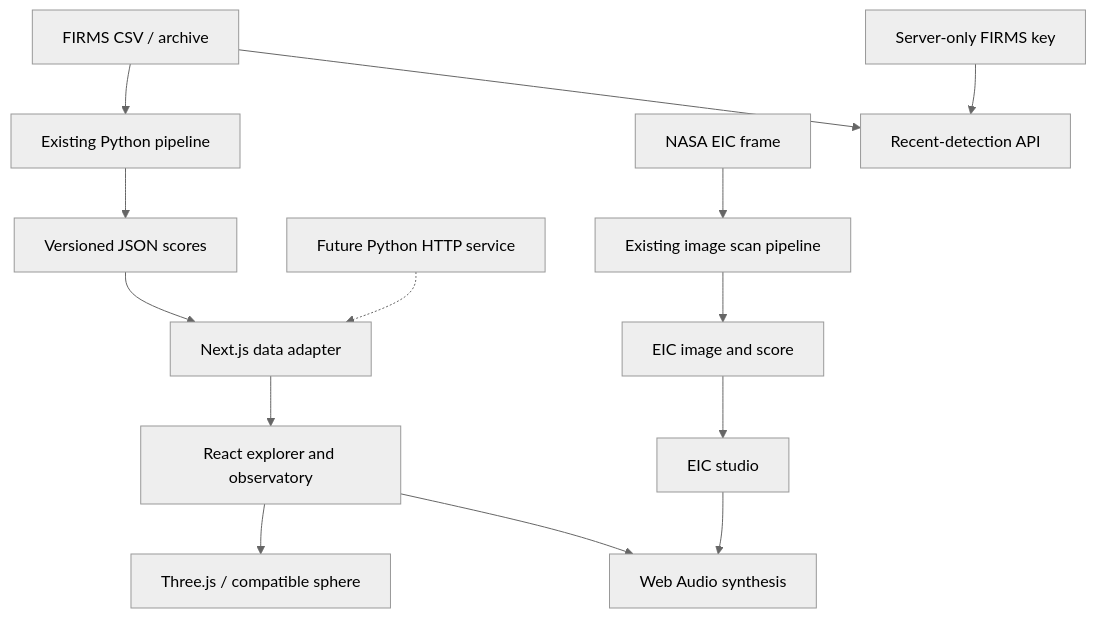
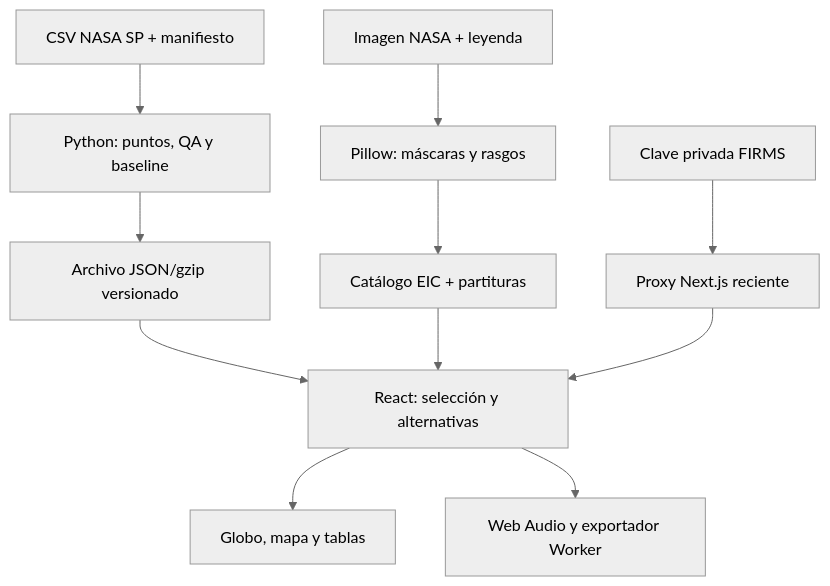
Before and after one commit to Yamile26/TerraEcho: the diagram in docs/WEB_ARCHITECTURE.md, drawn with Mermaid (neutral theme). The commit also changed other lines of this file and 30 other files, not shown here.

````diff
--- a/docs/WEB_ARCHITECTURE.md
+++ b/docs/WEB_ARCHITECTURE.md
@@ -5,16 +5,13 @@
 ```mermaid
 flowchart TD
-    A["FIRMS CSV / archive"] --> B["Existing Python pipeline"]
-    B --> C["Versioned JSON scores"]
-    C --> D["Next.js data adapter"]
-    P["Future Python HTTP service"] -.-> D
-    D --> E["React explorer and observatory"]
-    E --> F["Three.js / compatible sphere"]
-    E --> G["Web Audio synthesis"]
-    H["NASA EIC frame"] --> I["Existing image scan pipeline"]
-    I --> J["EIC image and score"]
-    J --> K["EIC studio"]
-    K --> G
-    L["Server-only FIRMS key"] --> M["Recent-detection API"]
-    A --> M
+    F["CSV NASA SP + manifiesto"] --> P["Python: puntos, QA y baseline"]
+    P --> J["Archivo JSON/gzip versionado"]
+    I["Imagen NASA + leyenda"] --> H["Pillow: máscaras y rasgos"]
+    H --> C["Catálogo EIC + partituras"]
+    J --> W["React: selección y alternativas"]
+    C --> W
+    W --> V["Globo, mapa y tablas"]
+    W --> A["Web Audio y exportador Worker"]
+    K["Clave privada FIRMS"] --> N["Proxy Next.js reciente"]
+    N --> W
 ```
````
